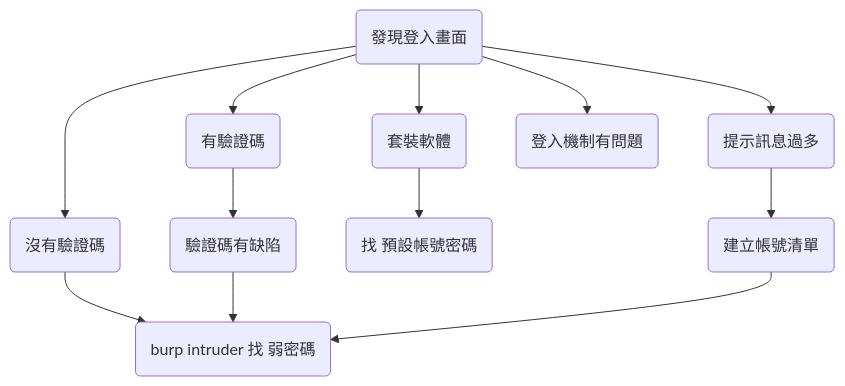
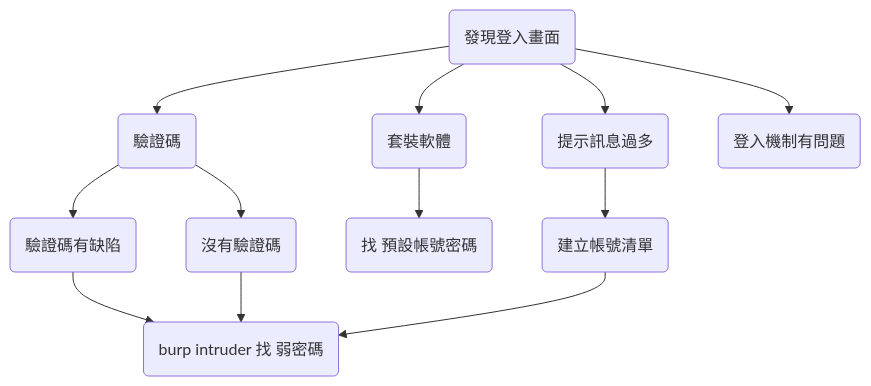
One commit to awchjimmy/linux-journey changed the third of 3 diagrams in 流程圖/白帽流程圖.md. Above: the diagram before and after it, drawn with Mermaid.

````diff
--- a/流程圖/白帽流程圖.md
+++ b/流程圖/白帽流程圖.md
@@ -29,15 +29,18 @@
 ```mermaid
 flowchart TD
-    id1(發現登入畫面) --> id101(沒有驗證碼)
-    id1 --> id102(有驗證碼)
+    id1(發現登入畫面)
+    id1020101(burp intruder 找 弱密碼)
+    
+    id1 --> id102(驗證碼)
     id1 --> id103(套裝軟體)
     id1 --> id104(提示訊息過多)
     id1 --> id105(登入機制有問題)
     
-    id101 --> id10101(burp intruder 找 弱密碼)
     id102 --> id10201(驗證碼有缺陷)
-    id10201 --> id10101
+    id102 --> id10202(沒有驗證碼)
+    id10201 --> id1020101
+    id10202 --> id1020101
     id103 --> id10301(找 預設帳號密碼)
     id104 --> id10401(建立帳號清單)
-    id10401 --> id10101
+    id10401 --> id1020101
 ```
````
